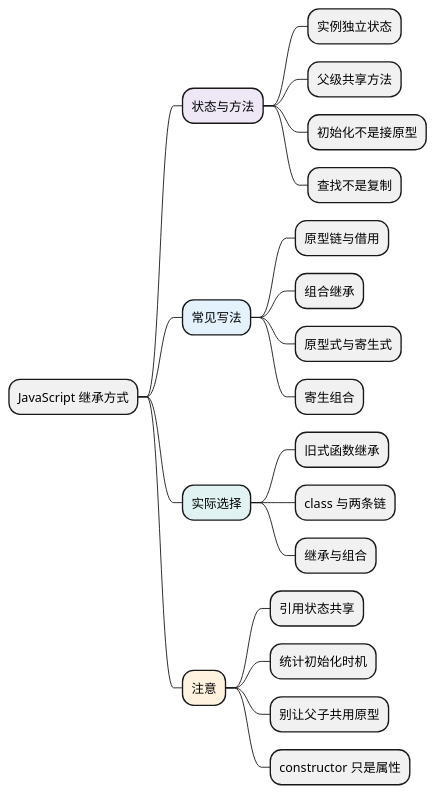
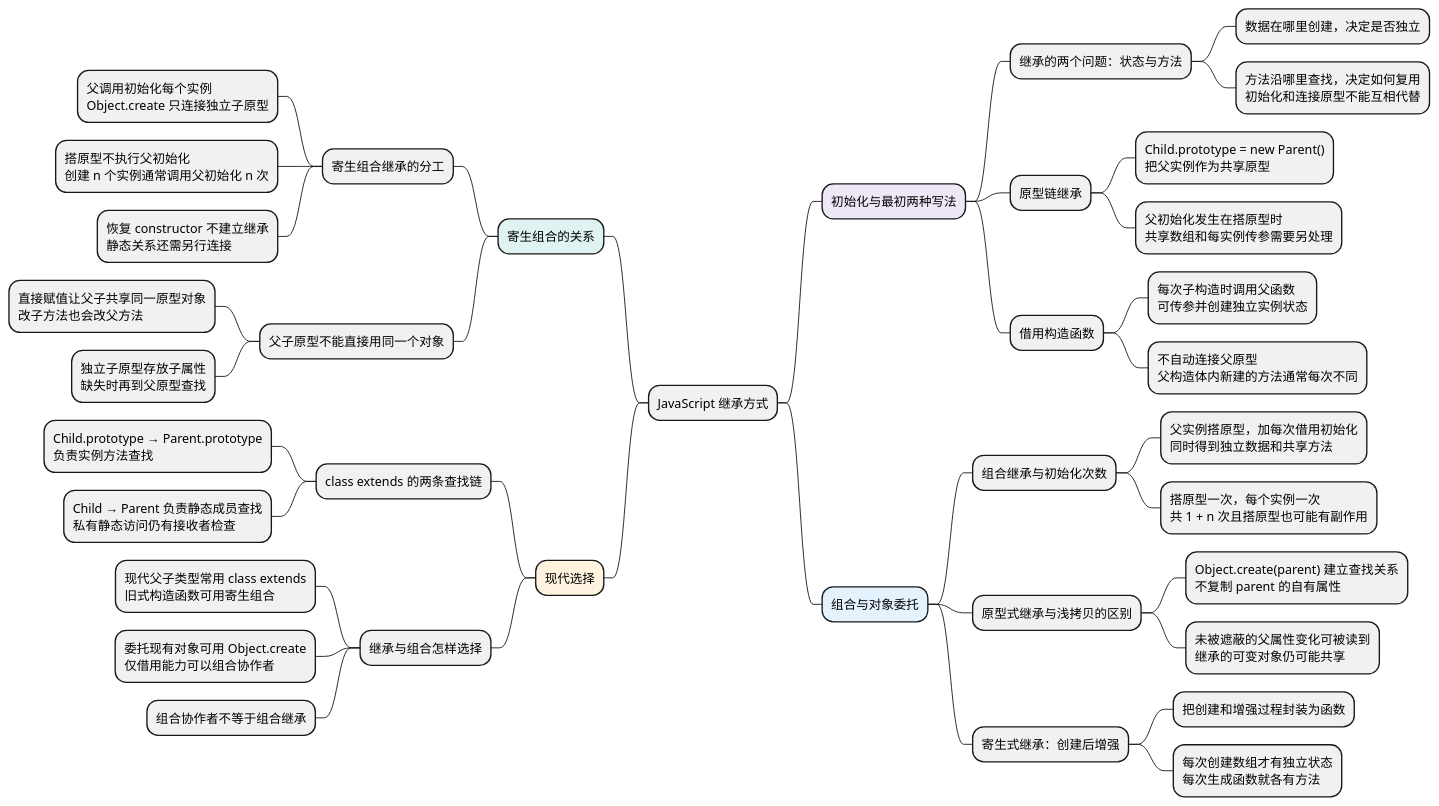
The diagram in docs/AI前端全栈教材/01_JavaScript/03_对象机制/04_JavaScript继承方式.md (chenx18/JAVA), drawn with PlantUML before and after one commit. The commit also changed other lines of this file and 84 other files, not shown here.

````diff
--- a/docs/AI前端全栈教材/01_JavaScript/03_对象机制/04_JavaScript继承方式.md
+++ b/docs/AI前端全栈教材/01_JavaScript/03_对象机制/04_JavaScript继承方式.md
@@ -9,31 +9,49 @@
 ```plantuml
 @startmindmap
 skinparam defaultFontName Microsoft YaHei
 skinparam defaultFontSize 14
 skinparam dpi 100
 skinparam backgroundColor white
 skinparam shadowing false
 
 * JavaScript 继承方式
-**[#EDE7F6] 状态与方法
-*** 实例独立状态
-*** 父级共享方法
-*** 初始化不是接原型
-*** 查找不是复制
-**[#E3F2FD] 常见写法
-*** 原型链与借用
-*** 组合继承
-*** 原型式与寄生式
-*** 寄生组合
-**[#E0F2F1] 实际选择
-*** 旧式函数继承
-*** class 与两条链
-*** 继承与组合
-**[#FFF3E0] 注意
-*** 引用状态共享
-*** 统计初始化时机
-*** 别让父子共用原型
-*** constructor 只是属性
+**[#EDE7F6] 初始化与最初两种写法
+*** 继承的两个问题：状态与方法
+**** 数据在哪里创建，决定是否独立
+**** 方法沿哪里查找，决定如何复用\n初始化和连接原型不能互相代替
+*** 原型链继承
+**** Child.prototype = new Parent()\n把父实例作为共享原型
+**** 父初始化发生在搭原型时\n共享数组和每实例传参需要另处理
+*** 借用构造函数
+**** 每次子构造时调用父函数\n可传参并创建独立实例状态
+**** 不自动连接父原型\n父构造体内新建的方法通常每次不同
+**[#E3F2FD] 组合与对象委托
+*** 组合继承与初始化次数
+**** 父实例搭原型，加每次借用初始化\n同时得到独立数据和共享方法
+**** 搭原型一次，每个实例一次\n共 1 + n 次且搭原型也可能有副作用
+*** 原型式继承与浅拷贝的区别
+**** Object.create(parent) 建立查找关系\n不复制 parent 的自有属性
+**** 未被遮蔽的父属性变化可被读到\n继承的可变对象仍可能共享
+*** 寄生式继承：创建后增强
+**** 把创建和增强过程封装为函数
+**** 每次创建数组才有独立状态\n每次生成函数就各有方法
+left side
+**[#E0F2F1] 寄生组合的关系
+*** 寄生组合继承的分工
+**** 父调用初始化每个实例\nObject.create 只连接独立子原型
+**** 搭原型不执行父初始化\n创建 n 个实例通常调用父初始化 n 次
+**** 恢复 constructor 不建立继承\n静态关系还需另行连接
+*** 父子原型不能直接用同一个对象
+**** 直接赋值让父子共享同一原型对象\n改子方法也会改父方法
+**** 独立子原型存放子属性\n缺失时再到父原型查找
+**[#FFF3E0] 现代选择
+*** class extends 的两条查找链
+**** Child.prototype → Parent.prototype\n负责实例方法查找
+**** Child → Parent 负责静态成员查找\n私有静态访问仍有接收者检查
+*** 继承与组合怎样选择
+**** 现代父子类型常用 class extends\n旧式构造函数可用寄生组合
+**** 委托现有对象可用 Object.create\n仅借用能力可以组合协作者
+**** 组合协作者不等于组合继承
 
 @endmindmap
 ```
````
